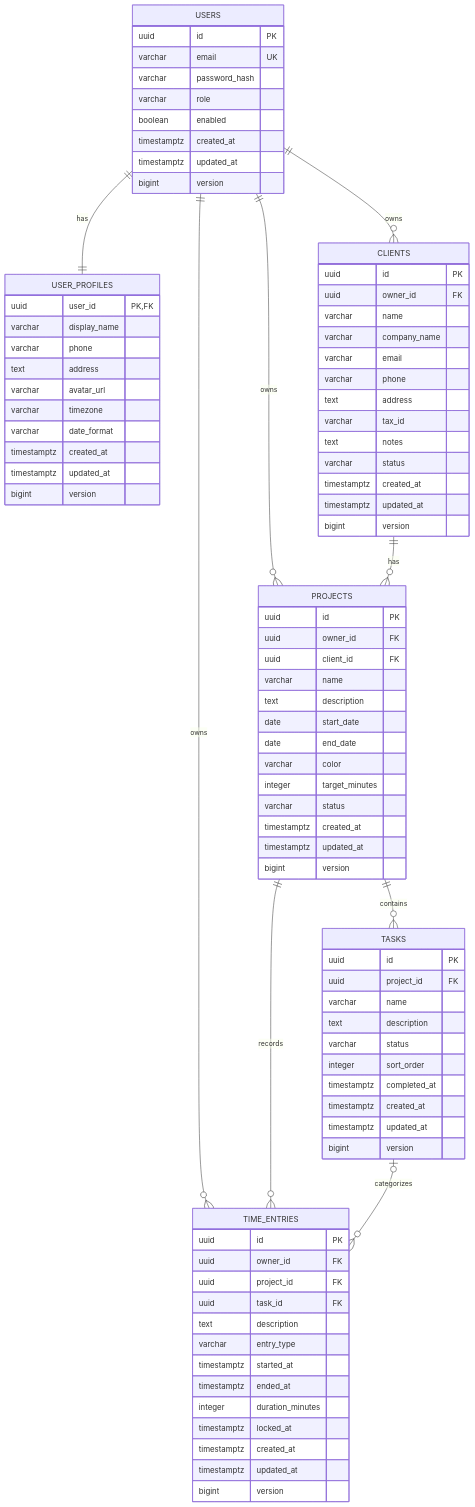
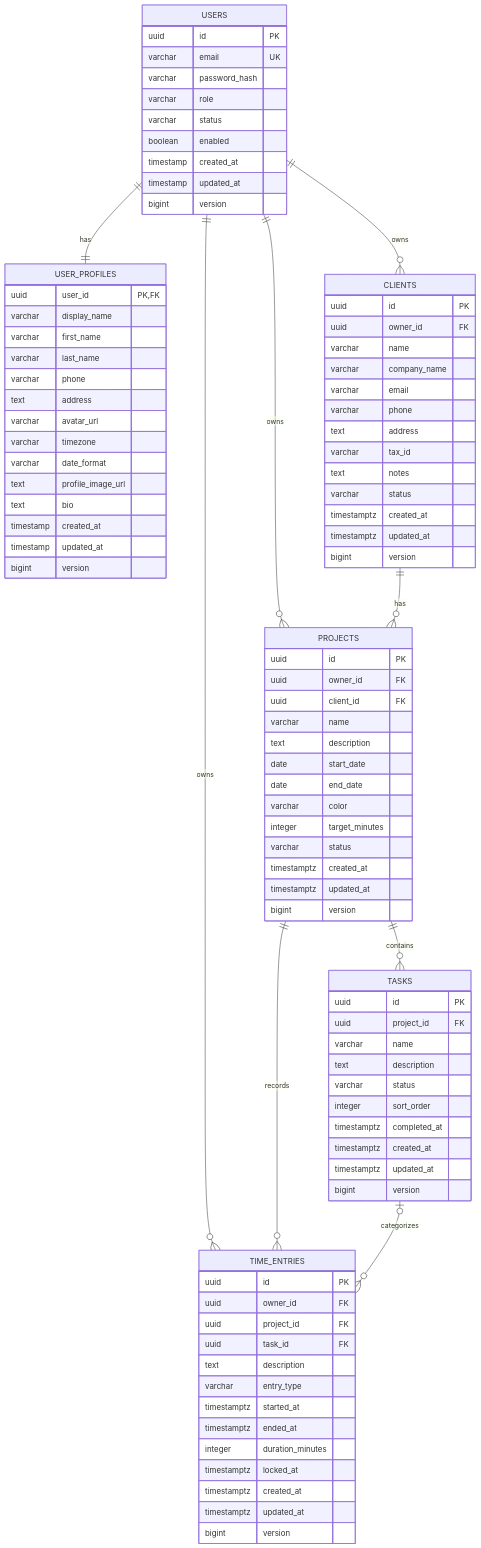
Before and after one commit to lillianxhub/freelance-hub: the diagram in doc/diagrams/er-diagram.md, drawn with Mermaid. The commit also changed other lines of this file and 2 other files, not shown here.

Commit message:
docs: update document

```diff
--- a/doc/diagrams/er-diagram.md
+++ b/doc/diagrams/er-diagram.md
@@ -10,21 +10,26 @@
         varchar email UK
         varchar password_hash
         varchar role
+        varchar status
         boolean enabled
-        timestamptz created_at
-        timestamptz updated_at
+        timestamp created_at
+        timestamp updated_at
         bigint version
     }
     USER_PROFILES {
         uuid user_id PK,FK
         varchar display_name
+        varchar first_name
+        varchar last_name
         varchar phone
         text address
         varchar avatar_url
         varchar timezone
         varchar date_format
-        timestamptz created_at
-        timestamptz updated_at
+        text profile_image_url
+        text bio
+        timestamp created_at
+        timestamp updated_at
         bigint version
     }
     CLIENTS {
```
